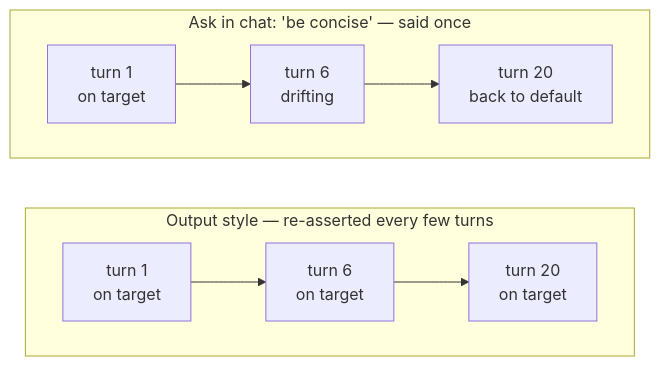
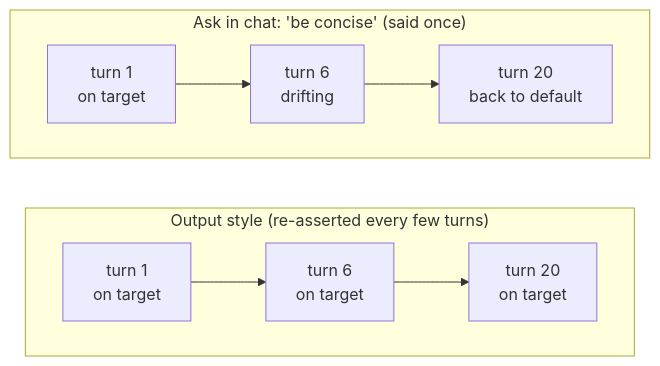
One commit to axeslasher/adhd-output-style-for-claude-code changed the diagram in README.md. Above: the diagram before and after it, drawn with Mermaid. The commit also changed other lines of this file, not shown here.

````diff
--- a/README.md
+++ b/README.md
@@ -31,14 +31,14 @@
 ```mermaid
 flowchart TB
-    subgraph ask ["Ask in chat: 'be concise' — said once"]
+    subgraph ask ["Ask in chat: 'be concise' (said once)"]
         direction LR
         O1["turn 1<br/>on target"] --> O2["turn 6<br/>drifting"] --> O3["turn 20<br/>back to default"]
     end
 
-    subgraph os ["Output style — re-asserted every few turns"]
+    subgraph os ["Output style (re-asserted every few turns)"]
         direction LR
         S1["turn 1<br/>on target"] --> S2["turn 6<br/>on target"] --> S3["turn 20<br/>on target"]
     end
 
     ask ~~~ os
 ```
````
